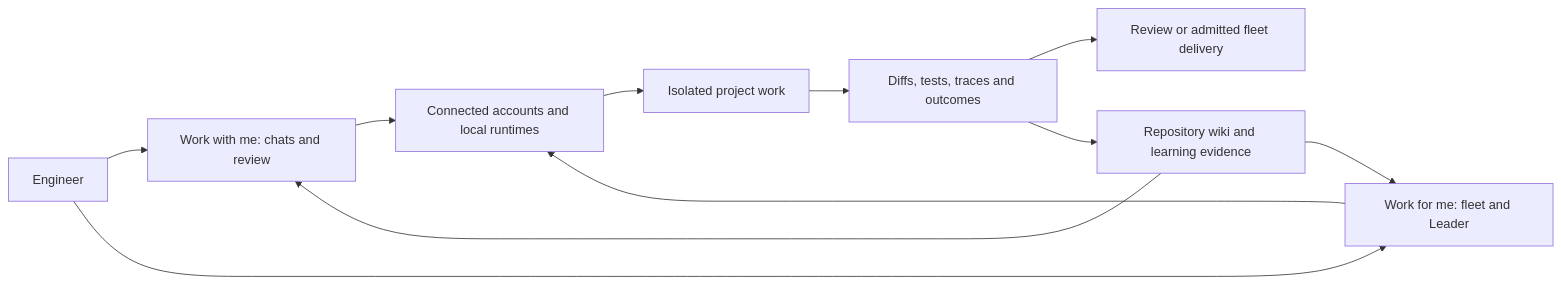
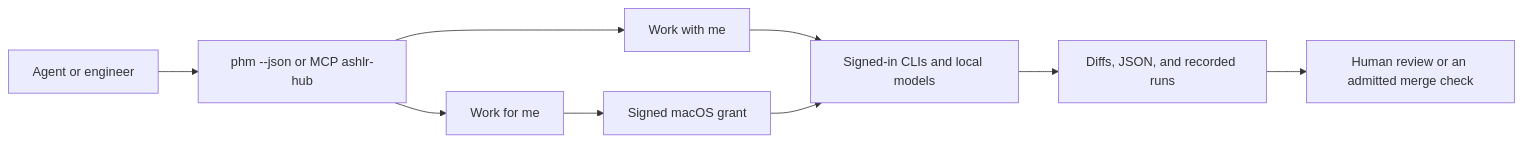
One commit to ashlrai/phantom changed the diagram in README.md. Above: the diagram before and after it, drawn with Mermaid. The commit also changed other lines of this file and 7 other files, not shown here.

First line of the commit message:
docs(readme): lead with agent install, JSON, and MCP

````diff
--- a/README.md
+++ b/README.md
@@ -568,13 +135,11 @@
 ```mermaid
 flowchart LR
-  Engineer[Engineer] --> Chats[Work with me: chats and review]
-  Engineer --> Fleet[Work for me: fleet and Leader]
-  Chats --> Accounts[Connected accounts and local runtimes]
-  Fleet --> Accounts
-  Accounts --> Work[Isolated project work]
-  Work --> Evidence[Diffs, tests, traces and outcomes]
-  Evidence --> Review[Review or admitted fleet delivery]
-  Evidence --> Lessons[Repository wiki and learning evidence]
-  Lessons --> Chats
-  Lessons --> Fleet
+  Agent[Agent or engineer] --> CLI[phm --json or MCP ashlr-hub]
+  CLI --> Chat[Work with me]
+  CLI --> Fleet[Work for me]
+  Chat --> Accounts[Signed-in CLIs and local models]
+  Fleet --> Grant[Signed macOS grant]
+  Grant --> Accounts
+  Accounts --> Evidence[Diffs, JSON, and recorded runs]
+  Evidence --> Review[Human review or an admitted merge check]
 ```
````
